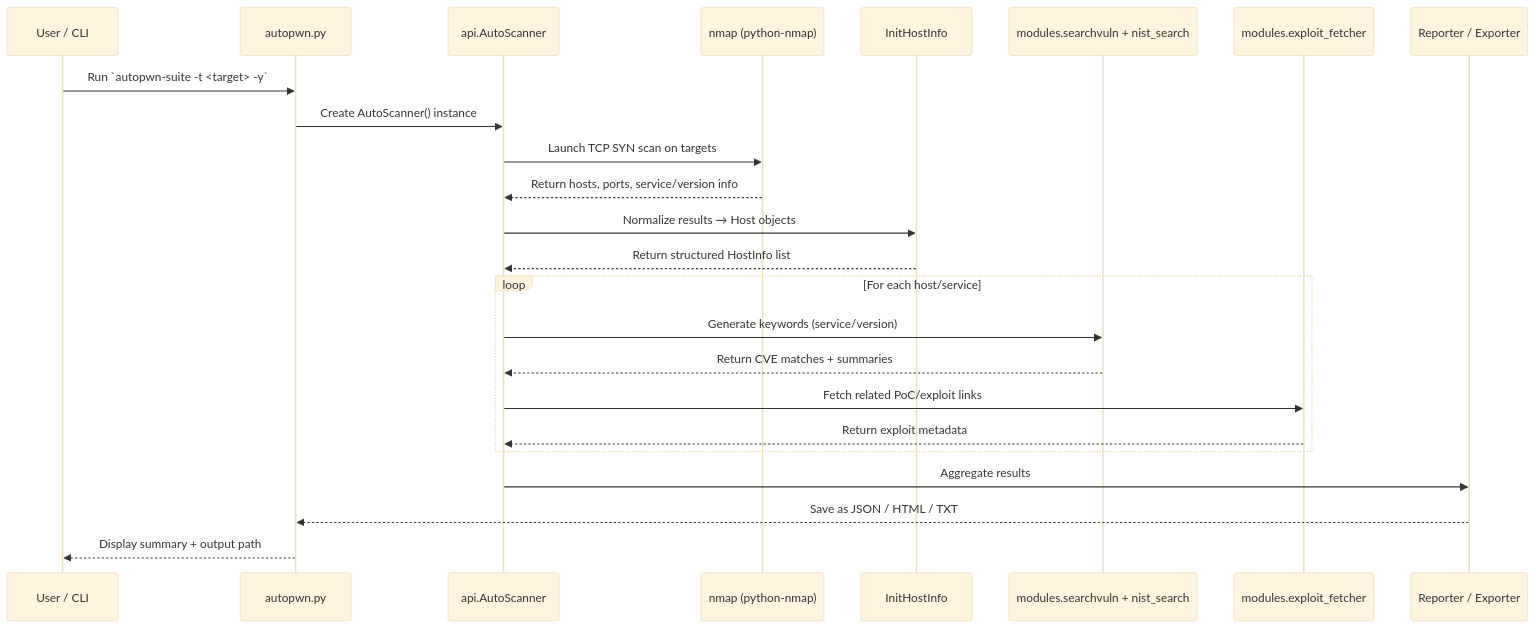
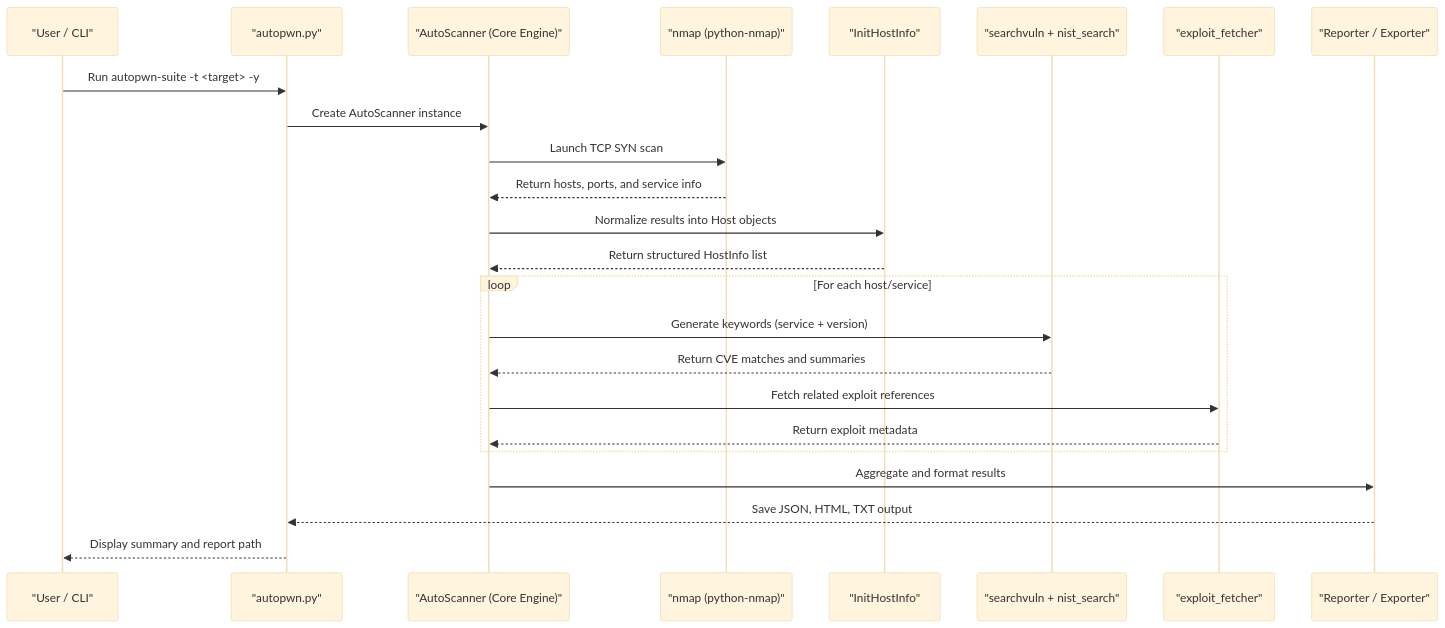
The first of 2 diagrams in _pages/projects/autopwn-suite.md (GamehunterKaan/kaangultekin.net), drawn with Mermaid (base theme) before and after one commit. The commit also changed other lines of this file, not shown here.

```diff
--- a/_pages/projects/autopwn-suite.md
+++ b/_pages/projects/autopwn-suite.md
@@ -61,29 +61,29 @@
 <div class="mermaid">
 sequenceDiagram
-    participant User as User / CLI
-    participant AutoPWN as autopwn.py
-    participant API as api.AutoScanner
-    participant Nmap as nmap (python-nmap)
-    participant Parser as InitHostInfo
-    participant Vuln as modules.searchvuln + nist_search
-    participant Exploit as modules.exploit_fetcher
-    participant Report as Reporter / Exporter
+    participant User as "User / CLI"
+    participant AutoPWN as "autopwn.py"
+    participant API as "AutoScanner (Core Engine)"
+    participant Nmap as "nmap (python-nmap)"
+    participant Parser as "InitHostInfo"
+    participant Vuln as "searchvuln + nist_search"
+    participant Exploit as "exploit_fetcher"
+    participant Report as "Reporter / Exporter"
 
-    User->>AutoPWN: Run `autopwn-suite -t <target> -y`
-    AutoPWN->>API: Create AutoScanner() instance
-    API->>Nmap: Launch TCP SYN scan on targets
-    Nmap-->>API: Return hosts, ports, service/version info
-    API->>Parser: Normalize results → Host objects
+    User->>AutoPWN: Run autopwn-suite -t &lt;target&gt; -y
+    AutoPWN->>API: Create AutoScanner instance
+    API->>Nmap: Launch TCP SYN scan
+    Nmap-->>API: Return hosts, ports, and service info
+    API->>Parser: Normalize results into Host objects
     Parser-->>API: Return structured HostInfo list
 
     loop For each host/service
-        API->>Vuln: Generate keywords (service/version)
-        Vuln-->>API: Return CVE matches + summaries
-        API->>Exploit: Fetch related PoC/exploit links
+        API->>Vuln: Generate keywords (service + version)
+        Vuln-->>API: Return CVE matches and summaries
+        API->>Exploit: Fetch related exploit references
         Exploit-->>API: Return exploit metadata
     end
 
-    API->>Report: Aggregate results
-    Report-->>AutoPWN: Save as JSON / HTML / TXT
-    AutoPWN-->>User: Display summary + output path
+    API->>Report: Aggregate and format results
+    Report-->>AutoPWN: Save JSON, HTML, TXT output
+    AutoPWN-->>User: Display summary and report path
 </div>
```
